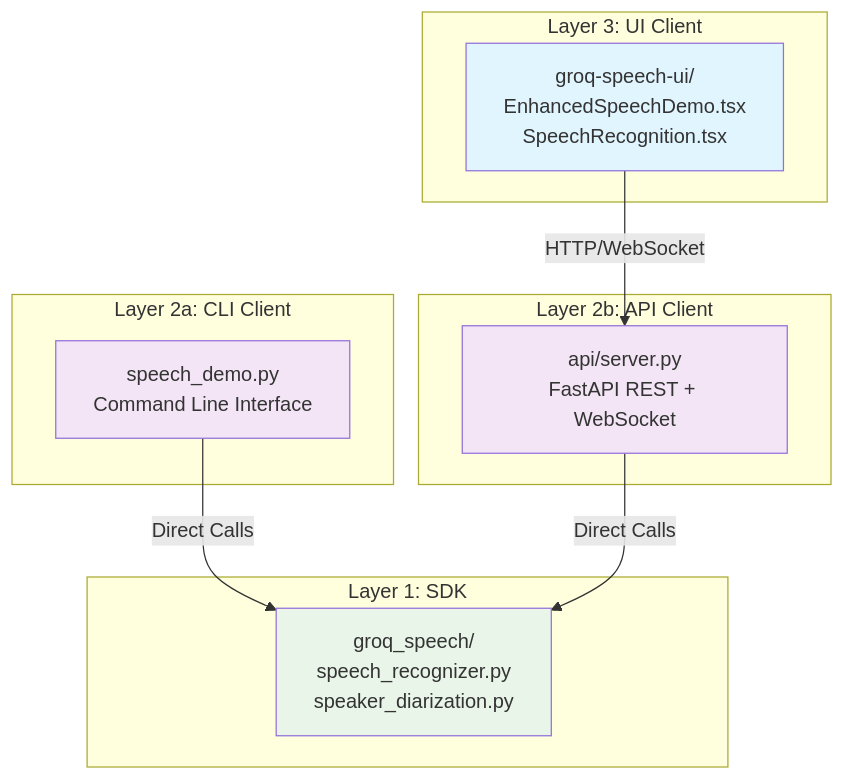
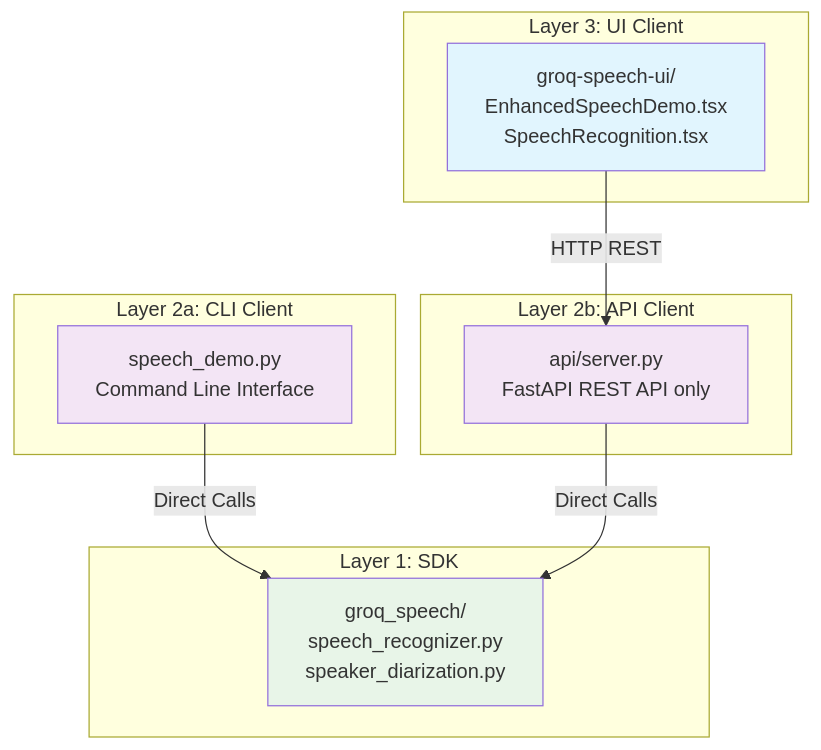
Before and after one commit to sreenivasmrpivot/groq-speech: the first of 24 diagrams in docs/ARCHITECTURE.md, drawn with Mermaid. The commit also changed other lines of this file and 38 other files, not shown here.

````diff
--- a/docs/ARCHITECTURE.md
+++ b/docs/ARCHITECTURE.md
@@ -56,27 +64,27 @@
 ```mermaid
 graph TB
     subgraph "Layer 3: UI Client"
         UI[groq-speech-ui/<br/>EnhancedSpeechDemo.tsx<br/>SpeechRecognition.tsx]
     end
     
     subgraph "Layer 2b: API Client"
-        API[api/server.py<br/>FastAPI REST + WebSocket]
+        API[api/server.py<br/>FastAPI REST API only]
     end
     
     subgraph "Layer 2a: CLI Client"
         CLI[speech_demo.py<br/>Command Line Interface]
     end
     
     subgraph "Layer 1: SDK"
         SDK[groq_speech/<br/>speech_recognizer.py<br/>speaker_diarization.py]
     end
     
-    UI -->|HTTP/WebSocket| API
+    UI -->|HTTP REST| API
     CLI -->|Direct Calls| SDK
     API -->|Direct Calls| SDK
     
     style UI fill:#e1f5fe
     style API fill:#f3e5f5
     style CLI fill:#f3e5f5
     style SDK fill:#e8f5e8
 ```
````
